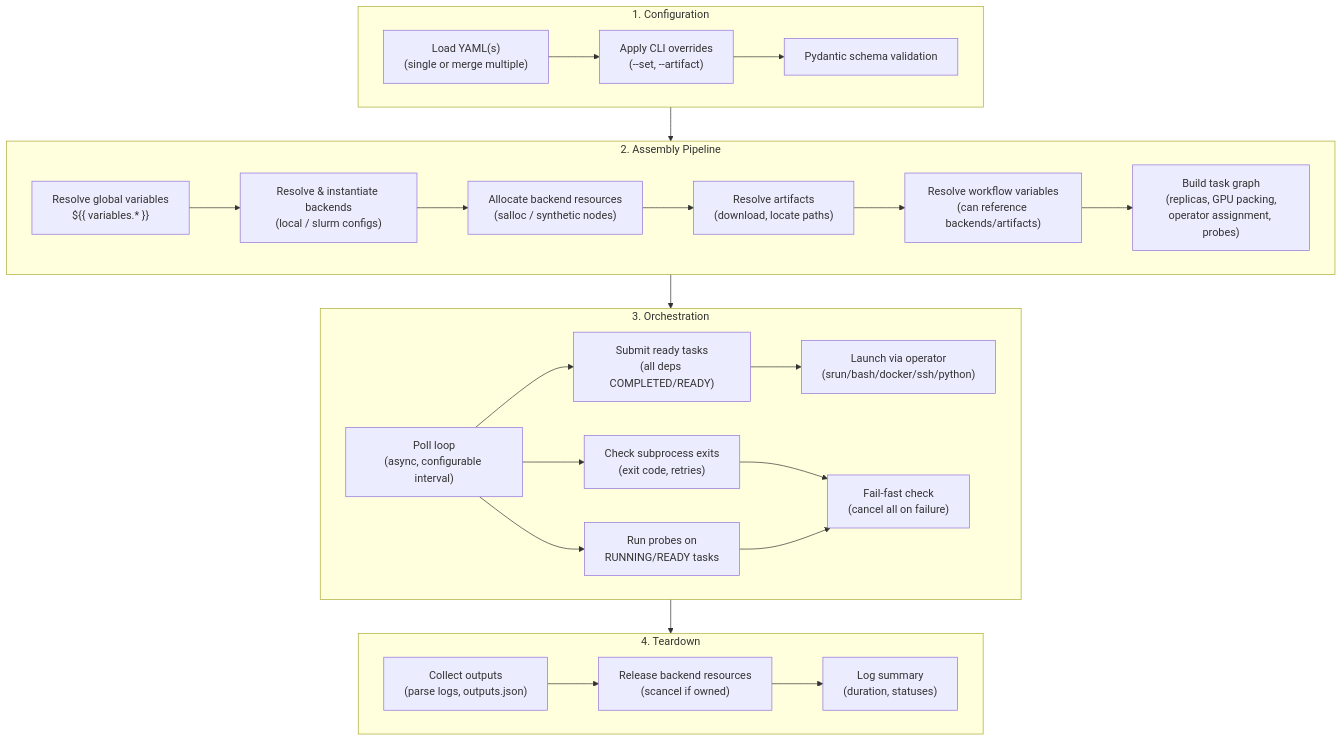
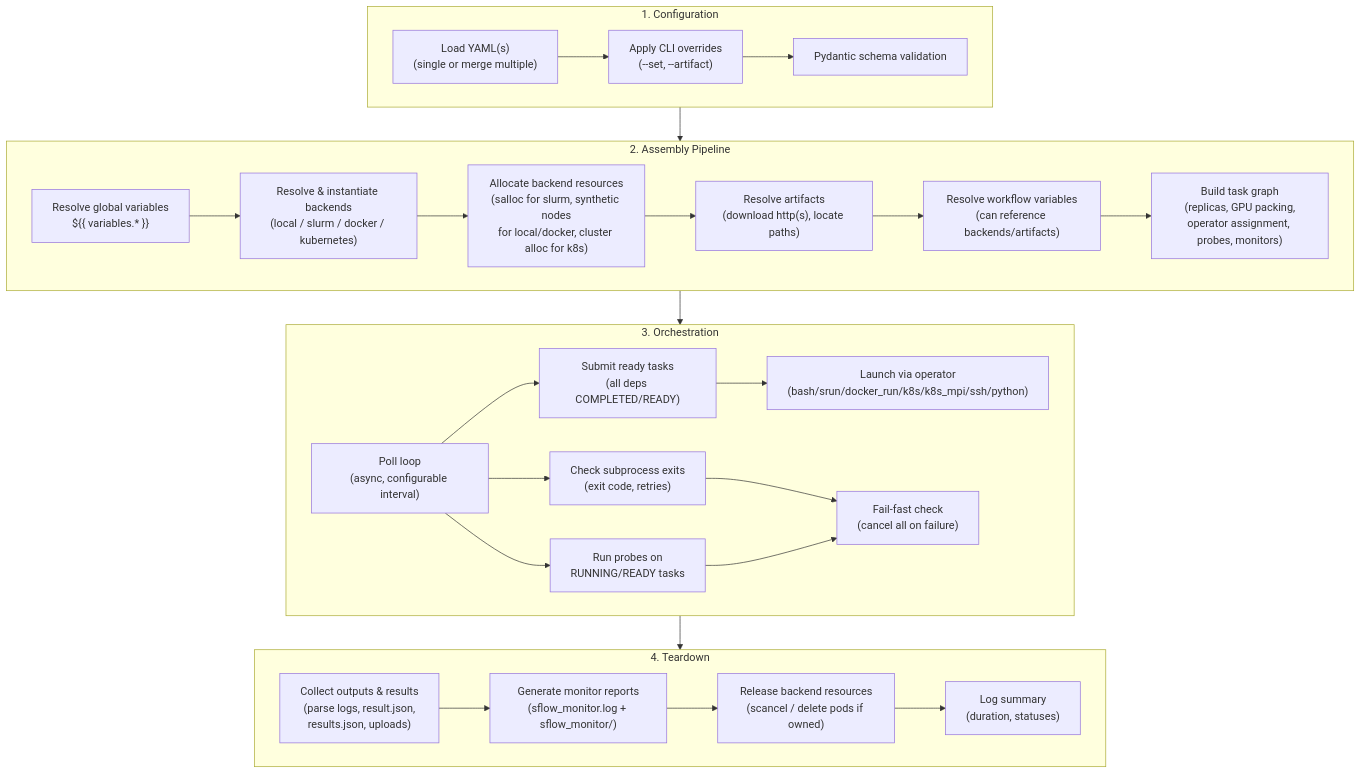
One commit to NVIDIA/nv-sflow changed the second of 4 diagrams in docs/user/architecture.md. Above: the diagram before and after it, drawn with Mermaid. The commit also changed other lines of this file and 476 other files, not shown here.

````diff
--- a/docs/user/architecture.md
+++ b/docs/user/architecture.md
@@ -89,44 +100,45 @@
 ```mermaid
 flowchart TD
   subgraph Phase1["1. Configuration"]
     load["Load YAML(s)\n(single or merge multiple)"]
     override["Apply CLI overrides\n(--set, --artifact)"]
     validate["Pydantic schema validation"]
     load --> override --> validate
   end
 
   subgraph Phase2["2. Assembly Pipeline"]
     resolve_vars["Resolve global variables\n${{ variables.* }}"]
-    resolve_be["Resolve & instantiate backends\n(local / slurm configs)"]
-    allocate["Allocate backend resources\n(salloc / synthetic nodes)"]
-    resolve_art["Resolve artifacts\n(download, locate paths)"]
+    resolve_be["Resolve & instantiate backends\n(local / slurm / docker / kubernetes)"]
+    allocate["Allocate backend resources\n(salloc for slurm, synthetic nodes\nfor local/docker, cluster alloc for k8s)"]
+    resolve_art["Resolve artifacts\n(download http(s), locate paths)"]
     resolve_wf_vars["Resolve workflow variables\n(can reference backends/artifacts)"]
-    build_tg["Build task graph\n(replicas, GPU packing,\noperator assignment, probes)"]
+    build_tg["Build task graph\n(replicas, GPU packing,\noperator assignment, probes, monitors)"]
     resolve_vars --> resolve_be --> allocate
     allocate --> resolve_art --> resolve_wf_vars --> build_tg
   end
 
   subgraph Phase3["3. Orchestration"]
     poll["Poll loop\n(async, configurable interval)"]
     submit["Submit ready tasks\n(all deps COMPLETED/READY)"]
-    launch["Launch via operator\n(srun/bash/docker/ssh/python)"]
+    launch["Launch via operator\n(bash/srun/docker_run/k8s/k8s_mpi/ssh/python)"]
     probes["Run probes on\nRUNNING/READY tasks"]
     check_exit["Check subprocess exits\n(exit code, retries)"]
     failfast["Fail-fast check\n(cancel all on failure)"]
 
     poll --> submit --> launch
     poll --> check_exit
     poll --> probes
     check_exit --> failfast
     probes --> failfast
   end
 
   subgraph Phase4["4. Teardown"]
-    collect["Collect outputs\n(parse logs, outputs.json)"]
-    release["Release backend resources\n(scancel if owned)"]
+    collect["Collect outputs & results\n(parse logs, result.json,\nresults.json, uploads)"]
+    monitor_report["Generate monitor reports\n(sflow_monitor.log + sflow_monitor/)"]
+    release["Release backend resources\n(scancel / delete pods if owned)"]
     summary["Log summary\n(duration, statuses)"]
-    collect --> release --> summary
+    collect --> monitor_report --> release --> summary
   end
 
   Phase1 --> Phase2 --> Phase3 --> Phase4
 ```
````
